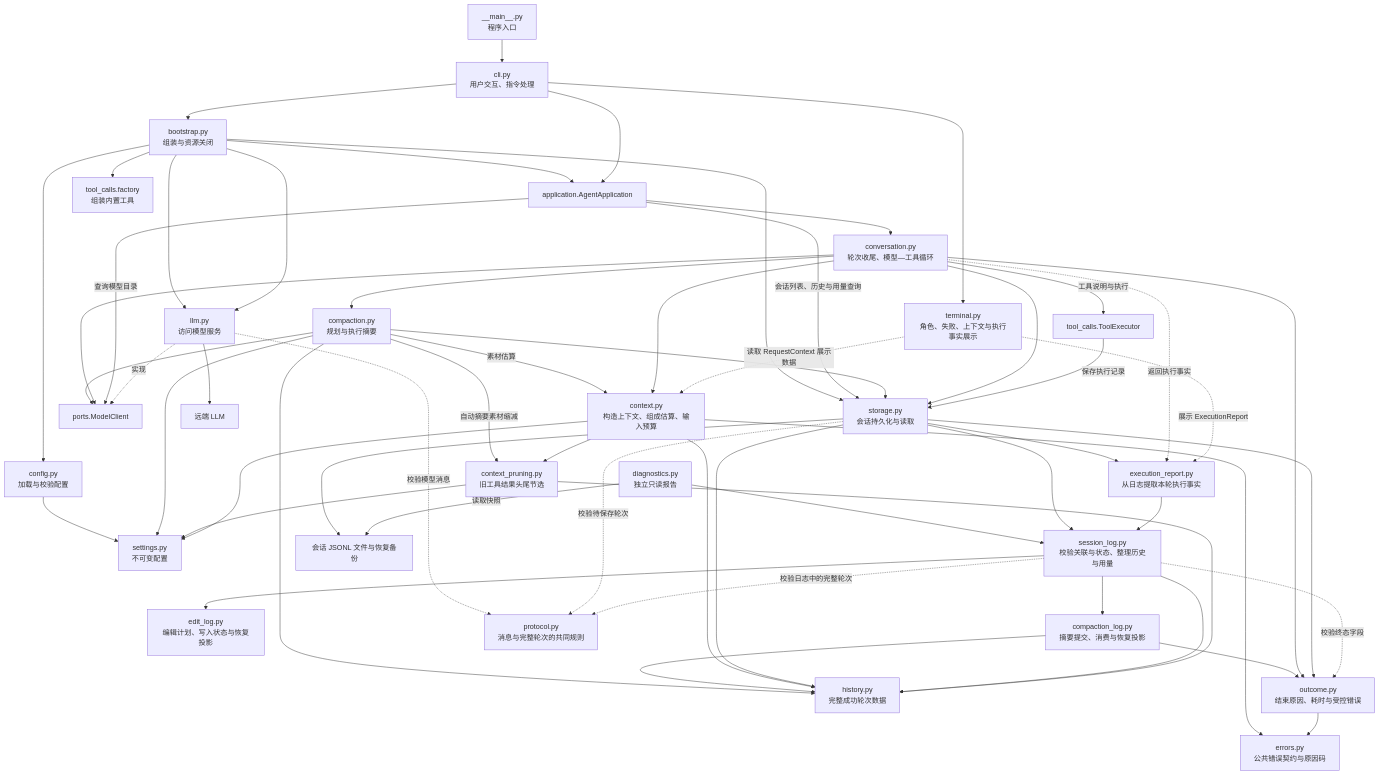
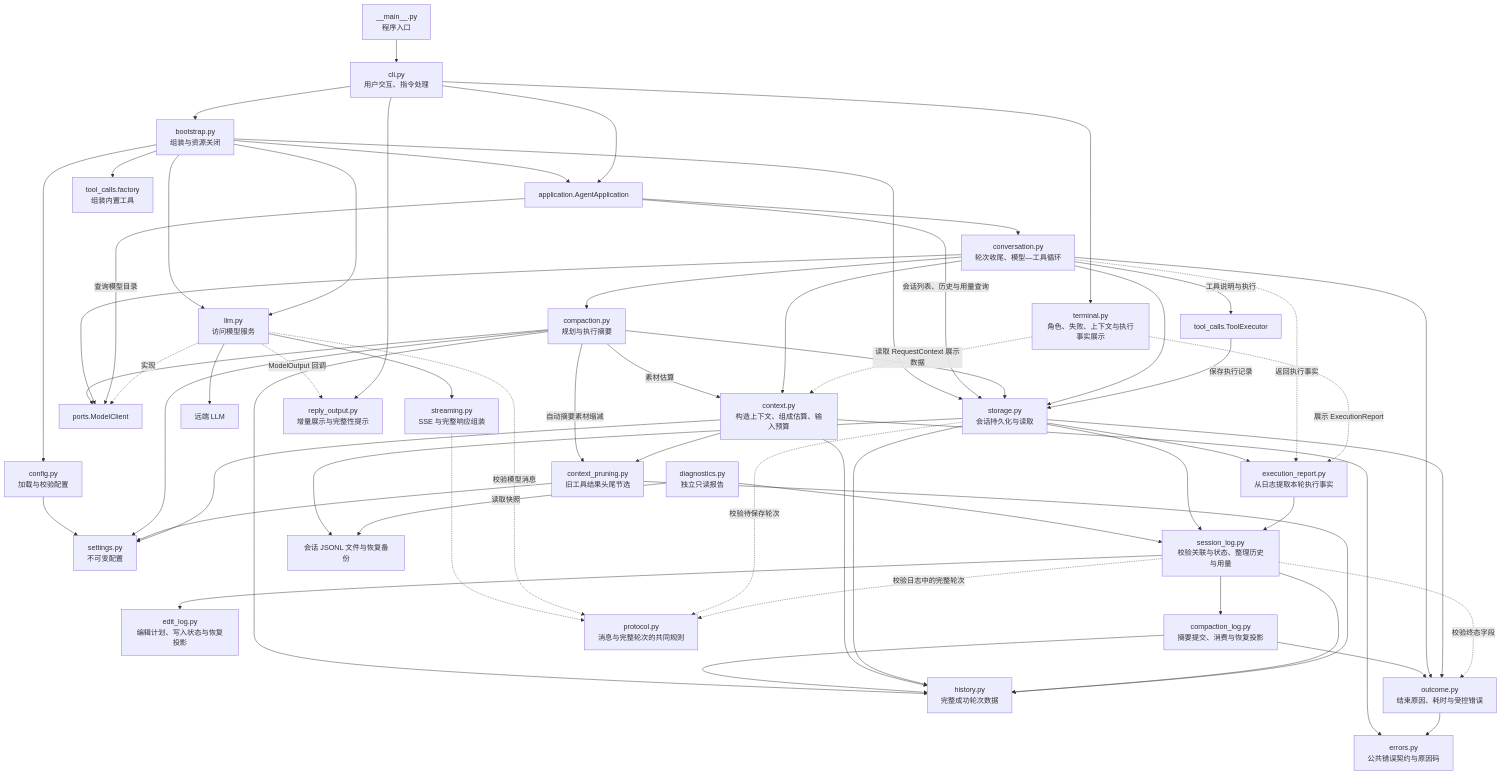
Before and after one commit to Plvltra/AdamAgent: the first of 3 diagrams in docs/architecture.md, drawn with Mermaid. The commit also changed other lines of this file and 41 other files, not shown here.

````diff
--- a/docs/architecture.md
+++ b/docs/architecture.md
@@ -15,61 +15,65 @@
 ```mermaid
 flowchart TD
     ENTRY["__main__.py<br/>程序入口"] --> CLI["cli.py<br/>用户交互、指令处理"]
     CLI --> BOOT["bootstrap.py<br/>组装与资源关闭"]
     BOOT --> CONFIG["config.py<br/>加载与校验配置"]
     CONFIG --> SETTINGS["settings.py<br/>不可变配置"]
     BOOT --> APP["application.AgentApplication"]
     CLI --> APP
     BOOT --> LLM
     BOOT --> STORE
     BOOT --> FACTORY["tool_calls.factory<br/>组装内置工具"]
     CLI --> TERMINAL["terminal.py<br/>角色、失败、上下文与执行事实展示"]
     APP --> CONV["conversation.py<br/>轮次收尾、模型—工具循环"]
     APP -->|"会话列表、历史与用量查询"| STORE["storage.py<br/>会话持久化与读取"]
 
     CONV --> COMPACT["compaction.py<br/>规划与执行摘要"]
     COMPACT --> STORE
     COMPACT --> PORT
     COMPACT --> SETTINGS
     COMPACT --> HISTORY
     COMPACT -->|"素材估算"| CONTEXT
     COMPACT -->|"自动摘要素材缩减"| PRUNE
     LOG --> EDITLOG["edit_log.py<br/>编辑计划、写入状态与恢复投影"]
     LOG --> CLOG["compaction_log.py<br/>摘要提交、消费与恢复投影"]
     CLOG --> HISTORY
     CLOG --> OUTCOME
     CONV --> CONTEXT["context.py<br/>构造上下文、组成估算、输入预算"]
     CONTEXT --> HISTORY["history.py<br/>完整成功轮次数据"]
     STORE --> HISTORY
     LOG --> HISTORY
     CONTEXT --> PRUNE["context_pruning.py<br/>旧工具结果头尾节选"]
     PRUNE --> SETTINGS
     PRUNE --> HISTORY
     CONTEXT --> SETTINGS
     CONTEXT --> ERROR
     TERMINAL -.->|"读取 RequestContext 展示数据"| CONTEXT
     CONV --> PORT
     BOOT --> LLM["llm.py<br/>访问模型服务"]
     APP -->|"查询模型目录"| PORT["ports.ModelClient"]
     LLM -.->|"实现"| PORT
     LLM --> API["远端 LLM"]
+    LLM --> STREAM["streaming.py<br/>SSE 与完整响应组装"]
+    STREAM -.-> PROTOCOL
+    LLM -.->|"ModelOutput 回调"| OUTPUT["reply_output.py<br/>增量展示与完整性提示"]
+    CLI --> OUTPUT
     CONV -->|"工具说明与执行"| EXEC["tool_calls.ToolExecutor"]
     CONV --> STORE
     EXEC -->|"保存执行记录"| STORE
     STORE --> FILE["会话 JSONL 文件与恢复备份"]
     DIAG["diagnostics.py<br/>独立只读报告"] -->|读取快照| FILE
     DIAG --> LOG
     STORE --> LOG["session_log.py<br/>校验关联与状态、整理历史与用量"]
     STORE --> REPORT["execution_report.py<br/>从日志提取本轮执行事实"]
     REPORT --> LOG
     CONV -.->|"返回执行事实"| REPORT
     TERMINAL -.->|"展示 ExecutionReport"| REPORT
     CONV --> OUTCOME["outcome.py<br/>结束原因、耗时与受控错误"]
     STORE --> OUTCOME
     LOG -.->|"校验终态字段"| OUTCOME
     OUTCOME --> ERROR["errors.py<br/>公共错误契约与原因码"]
 
     LLM -.->|"校验模型消息"| PROTOCOL["protocol.py<br/>消息与完整轮次的共同规则"]
     STORE -.->|"校验待保存轮次"| PROTOCOL
     LOG -.->|"校验日志中的完整轮次"| PROTOCOL
 ```
````
